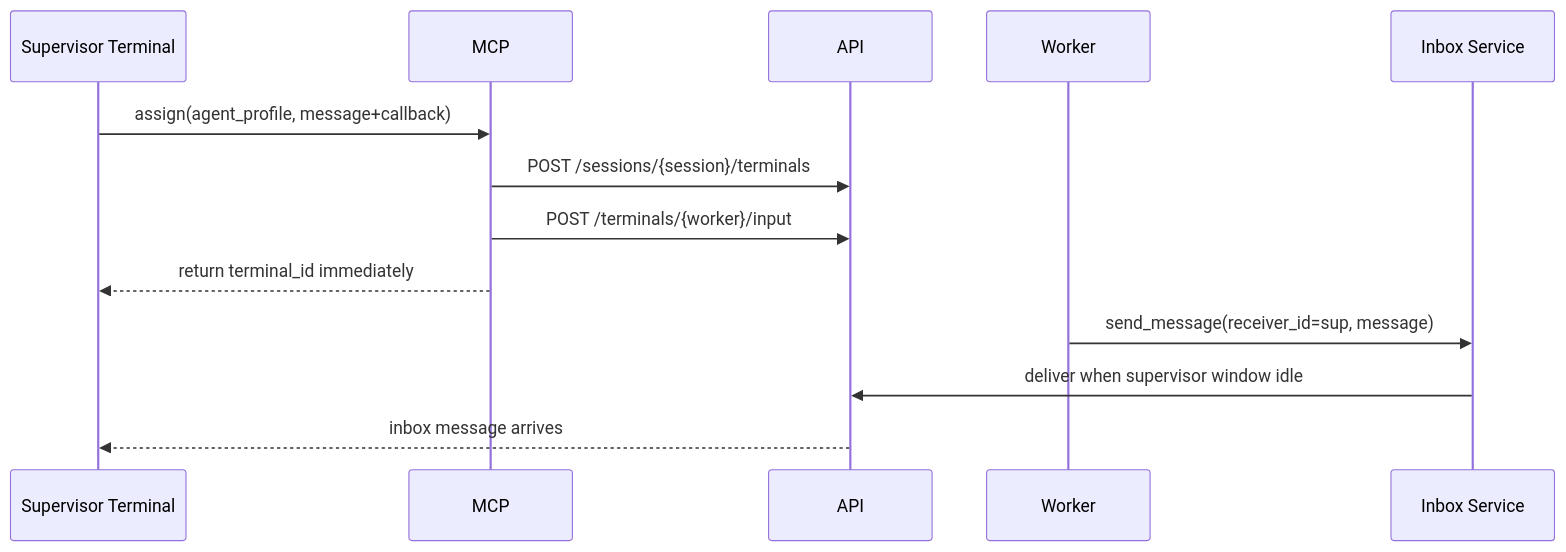
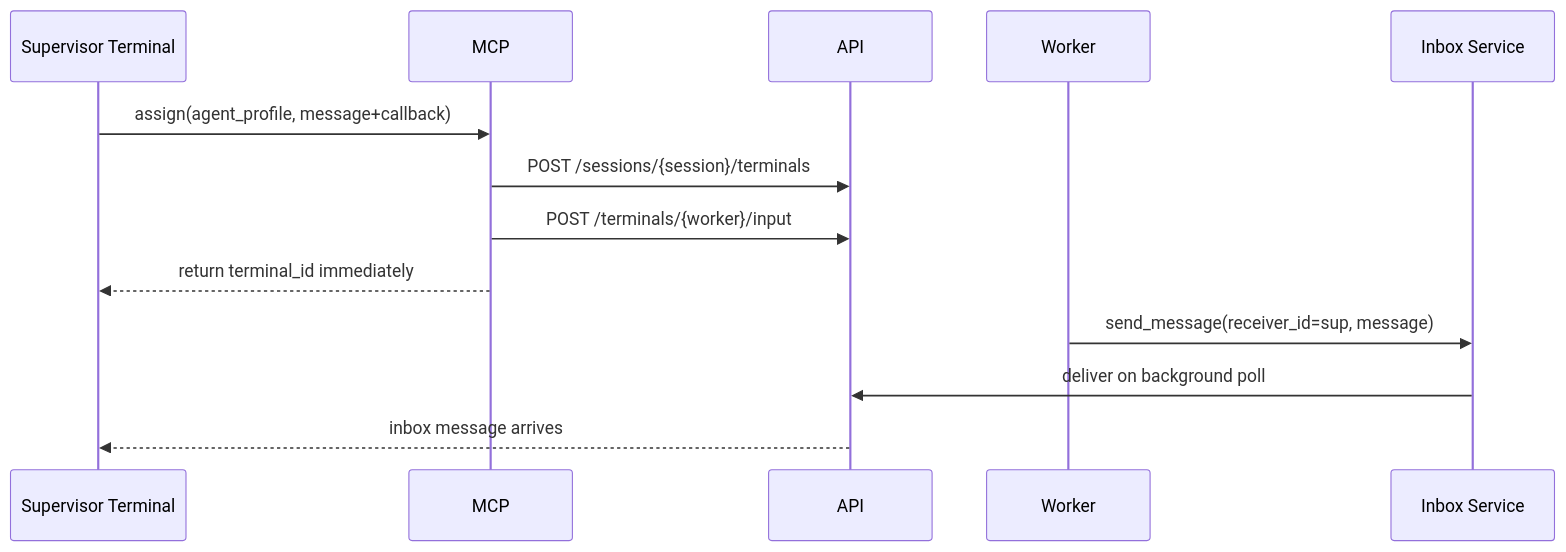
Before and after one commit to gaurav-yadav/agent-conductor: the sixth of 7 diagrams in docs/architecture-overview.md, drawn with Mermaid. The commit also changed other lines of this file and 15 other files, not shown here.

````diff
--- a/docs/architecture-overview.md
+++ b/docs/architecture-overview.md
@@ -301,16 +304,16 @@
 ```mermaid
 sequenceDiagram
     participant Sup as Supervisor Terminal
     participant MCP
     participant API
     participant Worker
     participant Inbox as Inbox Service
 
     Sup->>MCP: assign(agent_profile, message+callback)
     MCP->>API: POST /sessions/{session}/terminals
     MCP->>API: POST /terminals/{worker}/input
     MCP-->>Sup: return terminal_id immediately
     Worker->>Inbox: send_message(receiver_id=sup, message)
-    Inbox->>API: deliver when supervisor window idle
+    Inbox->>API: deliver on background poll
     API-->>Sup: inbox message arrives
 ```
````
